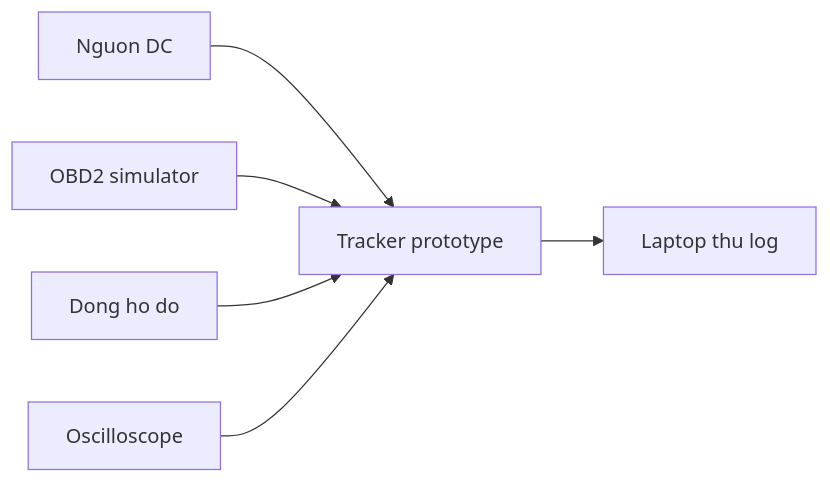
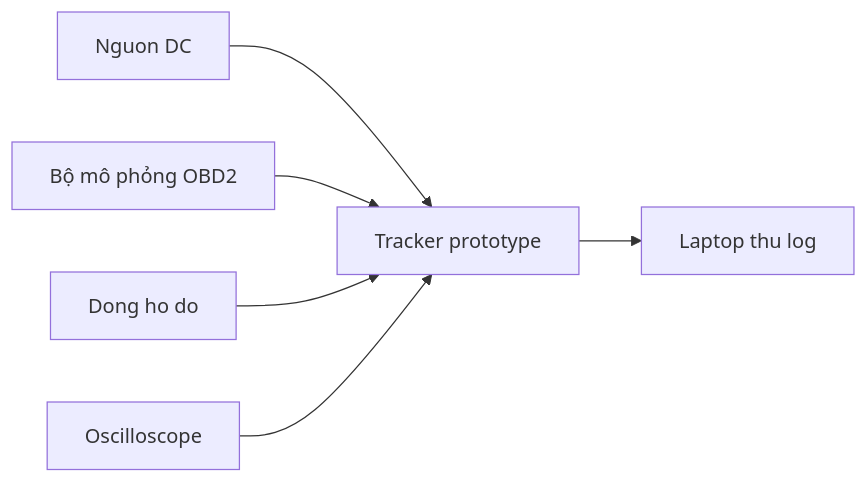
One commit to anmh1205/IoT_Vehicle_Tracking_System changed the diagram in resources/reports/thesis/final/assets/uml/10-chuong-4-ket-qua-do-luong-hinh-4-20.mmd. Above: the diagram before and after it, drawn with Mermaid. The commit also changed 209 other files, not shown here.

```diff
--- a/resources/reports/thesis/final/assets/uml/10-chuong-4-ket-qua-do-luong-hinh-4-20.mmd
+++ b/resources/reports/thesis/final/assets/uml/10-chuong-4-ket-qua-do-luong-hinh-4-20.mmd
@@ -1,13 +1,13 @@
 flowchart LR
     Supply["Nguon DC"]
-    OBD["OBD2 simulator"]
+    OBD["Bộ mô phỏng OBD2"]
     DMM["Dong ho do"]
     Scope["Oscilloscope"]
     Tracker["Tracker prototype"]
     Laptop["Laptop thu log"]
 
     Supply --> Tracker
     OBD --> Tracker
     DMM --> Tracker
     Scope --> Tracker
     Tracker --> Laptop
```
